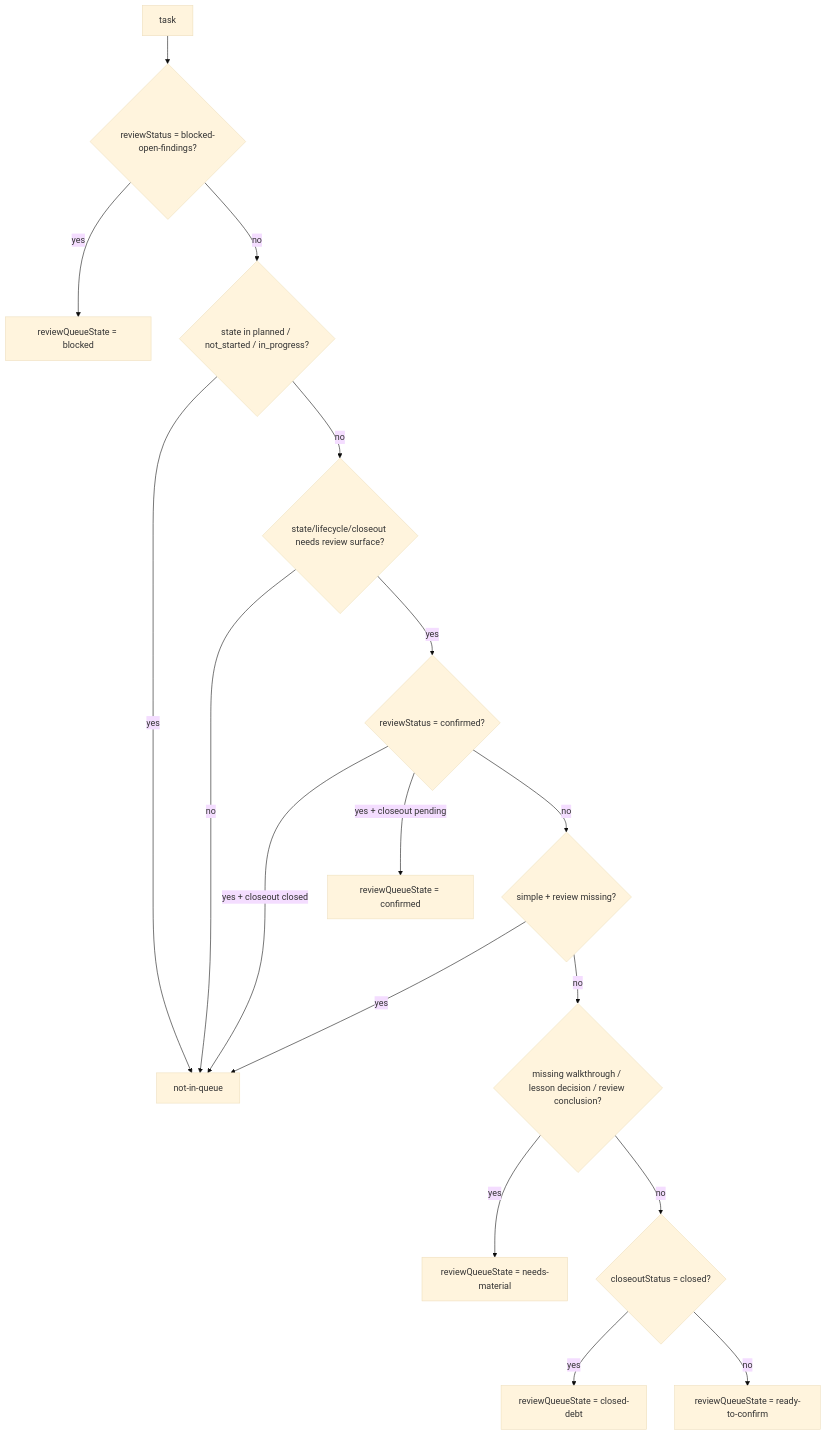
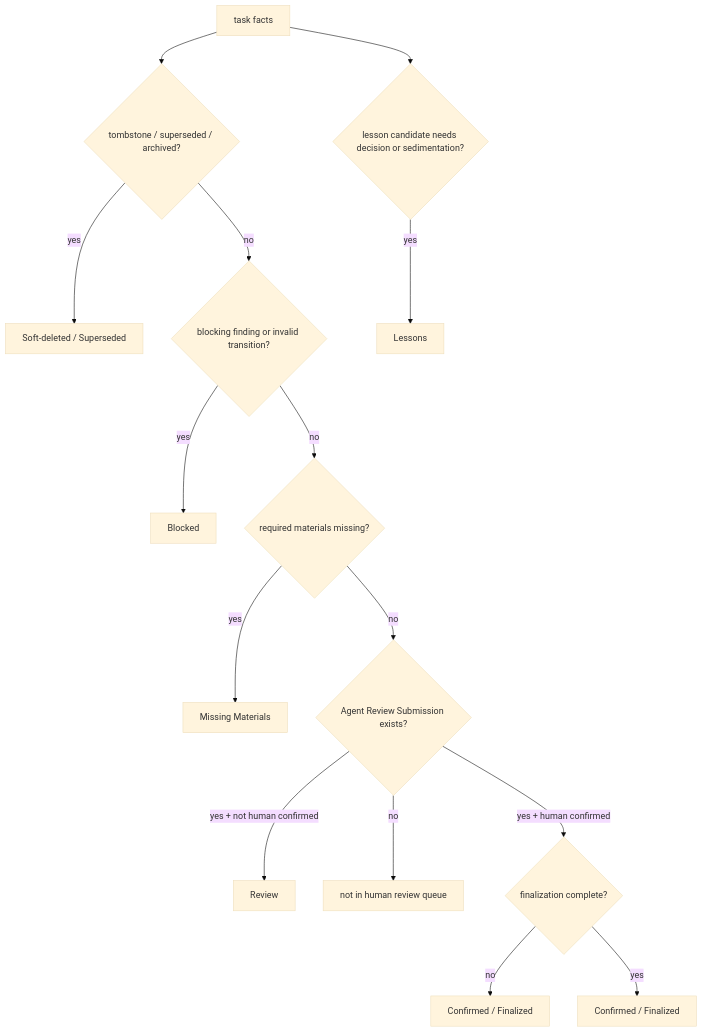
Before and after one commit to FairladyZ625/coding-agent-harness: the third of 4 diagrams in docs-release/guides/task-state-machine.en-US.md, drawn with Mermaid (base theme). The commit also changed other lines of this file and 29 other files, not shown here.

Commit message:
Implement lifecycle queue control plane

````diff
--- a/docs-release/guides/task-state-machine.en-US.md
+++ b/docs-release/guides/task-state-machine.en-US.md
@@ -88,20 +102,18 @@
 ```mermaid
 flowchart TD
-  Task["task"]
-  Task --> Blocked{"reviewStatus = blocked-open-findings?"}
-  Blocked -->|yes| QBlocked["reviewQueueState = blocked"]
-  Blocked -->|no| Early{"state in planned / not_started / in_progress?"}
-  Early -->|yes| Out["not-in-queue"]
-  Early -->|no| Surface{"state/lifecycle/closeout needs review surface?"}
-  Surface -->|no| Out
-  Surface -->|yes| Confirmed{"reviewStatus = confirmed?"}
-  Confirmed -->|yes + closeout closed| Out
-  Confirmed -->|yes + closeout pending| QConfirmed["reviewQueueState = confirmed"]
-  Confirmed -->|no| Simple{"simple + review missing?"}
-  Simple -->|yes| Out
-  Simple -->|no| Material{"missing walkthrough / lesson decision / review conclusion?"}
-  Material -->|yes| Needs["reviewQueueState = needs-material"]
-  Material -->|no| Closed{"closeoutStatus = closed?"}
-  Closed -->|yes| Debt["reviewQueueState = closed-debt"]
-  Closed -->|no| Ready["reviewQueueState = ready-to-confirm"]
+  Task["task facts"]
+  Task --> Deleted{"tombstone / superseded / archived?"}
+  Deleted -->|yes| QDeleted["Soft-deleted / Superseded"]
+  Deleted -->|no| Blocker{"blocking finding or invalid transition?"}
+  Blocker -->|yes| QBlocked["Blocked"]
+  Blocker -->|no| Missing{"required materials missing?"}
+  Missing -->|yes| QMissing["Missing Materials"]
+  Missing -->|no| Submitted{"Agent Review Submission exists?"}
+  Submitted -->|yes + not human confirmed| QReview["Review"]
+  Submitted -->|no| Out["not in human review queue"]
+  Submitted -->|yes + human confirmed| Confirmed{"finalization complete?"}
+  Confirmed -->|no| QConfirmed["Confirmed / Finalized"]
+  Confirmed -->|yes| QFinal["Confirmed / Finalized"]
+  Task --> Lessons{"lesson candidate needs decision or sedimentation?"}
+  Lessons -->|yes| QLessons["Lessons"]
 ```
````
